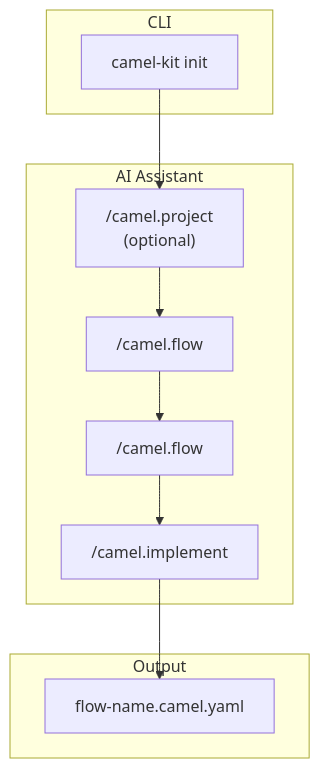
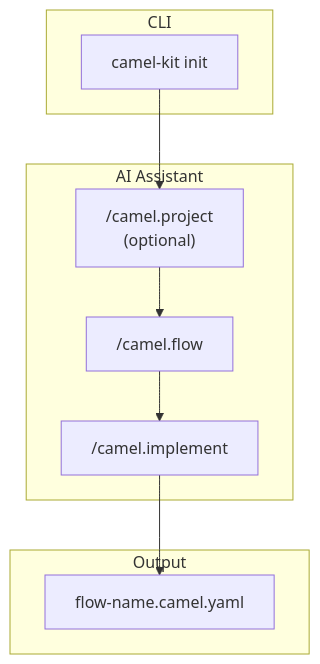
One commit to luigidemasi/camel-kit changed the first of 2 diagrams in docs/user-guide.md. Above: the diagram before and after it, drawn with Mermaid. The commit also changed other lines of this file and 61 other files, not shown here.

Commit message:
- Complete rewrite from Python to Java/JBang with Maven multi-module structure   - Add GitHub Actions for CI/CD: build matrix (Java 17/21/25), Maven Central release   - Add camel-kit.gif logo and rewrite all documentation   - Maven Wrapper and validation (Camel YAML DSL, Citrus JSON Schema)

````diff
--- a/docs/user-guide.md
+++ b/docs/user-guide.md
@@ -90,17 +92,16 @@
 ```mermaid
 flowchart TB
     subgraph CLI
         A[camel-kit init]
     end
     subgraph "AI Assistant"
         B["/camel.project<br/>(optional)"]
         C["/camel.flow"]
-        D["/camel.flow"]
-        E["/camel.implement"]
+        D["/camel.implement"]
     end
     subgraph Output
-        F["flow-name.camel.yaml"]
+        E["flow-name.camel.yaml"]
     end
 
-    A --> B --> C --> D --> E --> F
+    A --> B --> C --> D --> E
 ```
````
